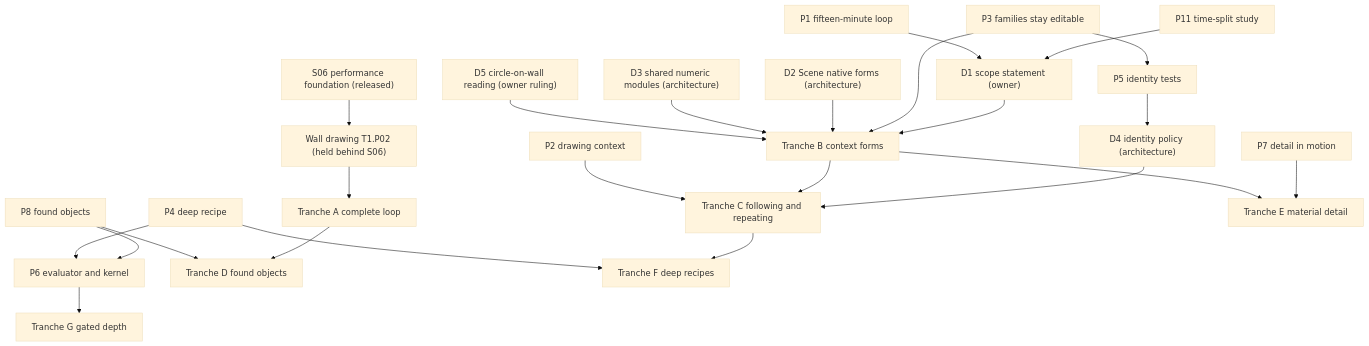
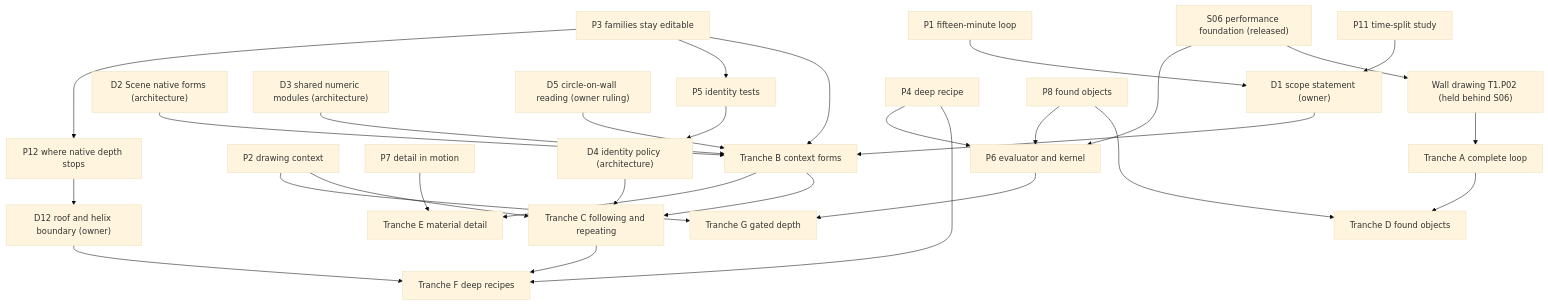
Before and after one commit to Biskiq/spatial-sketch-editor: the diagram in broad-research/native-creative-depth/roadmap-handoff.md, drawn with Mermaid (base theme). The commit also changed other lines of this file and 9 other files, not shown here.

First line of the commit message:
docs(research): revise native creative depth after peer review

````diff
--- a/broad-research/native-creative-depth/roadmap-handoff.md
+++ b/broad-research/native-creative-depth/roadmap-handoff.md
@@ -53,47 +53,52 @@
 ```mermaid
 flowchart TD
   D1["D1 scope statement (owner)"]
   D2["D2 Scene native forms (architecture)"]
   D3["D3 shared numeric modules (architecture)"]
   D4["D4 identity policy (architecture)"]
   D5["D5 circle-on-wall reading (owner ruling)"]
   S06["S06 performance foundation (released)"]
   WD["Wall drawing T1.P02 (held behind S06)"]
   P11["P11 time-split study"]
   P1["P1 fifteen-minute loop"]
   P3["P3 families stay editable"]
   P5["P5 identity tests"]
   P2["P2 drawing context"]
   P7["P7 detail in motion"]
   P4["P4 deep recipe"]
   P8["P8 found objects"]
   P6["P6 evaluator and kernel"]
+  P12["P12 where native depth stops"]
+  D12["D12 roof and helix boundary (owner)"]
   A["Tranche A complete loop"]
   B["Tranche B context forms"]
   C["Tranche C following and repeating"]
   D["Tranche D found objects"]
   E["Tranche E material detail"]
   F["Tranche F deep recipes"]
   G["Tranche G gated depth"]
 
   S06 --> WD --> A
   P11 --> D1
   P1 --> D1
   D1 --> B
   P3 --> B
   D2 --> B
   D3 --> B
   D5 --> B
   P3 --> P5 --> D4 --> C
   B --> C
   P2 --> C
   A --> D
   P8 --> D
   P7 --> E
   B --> E
   C --> F
   P4 --> F
   P8 --> P6
   P4 --> P6
+  S06 --> P6
   P6 --> G
+  P2 --> G
+  P3 --> P12 --> D12 --> F
 ```
````
